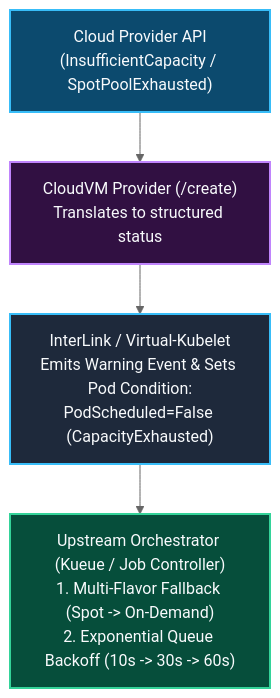
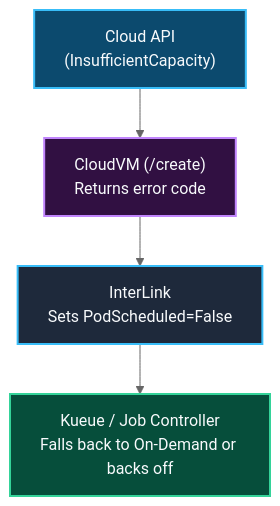
One commit to simonepri/interlink-cloudvm-plugin changed the fourth of 8 diagrams in readme.md. Above: the diagram before and after it, drawn with Mermaid (neutral theme). The commit also changed other lines of this file, not shown here.

````diff
--- a/readme.md
+++ b/readme.md
@@ -160,18 +149,16 @@
 ```mermaid
 flowchart TD
     classDef cloud fill:#0C4A6E,stroke:#38BDF8,stroke-width:2px,color:#F8FAFC
     classDef driver fill:#311042,stroke:#C084FC,stroke-width:2px,color:#F8FAFC
     classDef k8s fill:#1E293B,stroke:#38BDF8,stroke-width:2px,color:#F8FAFC
     classDef queue fill:#064E3B,stroke:#34D399,stroke-width:2px,color:#F8FAFC
 
-    Cloud["Cloud Provider API
-(InsufficientCapacity / SpotPoolExhausted)"]:::cloud
-    --> Driver["CloudVM Provider (/create)
-Translates to structured status"]:::driver
-    --> VK["InterLink / Virtual-Kubelet
-Emits Warning Event & Sets Pod Condition:
-PodScheduled=False (CapacityExhausted)"]:::k8s
-    --> Kueue["Upstream Orchestrator (Kueue / Job Controller)
-1. Multi-Flavor Fallback (Spot -> On-Demand)
-2. Exponential Queue Backoff (10s -> 30s -> 60s)"]:::queue
+    Cloud["Cloud API
+(InsufficientCapacity)"]:::cloud
+    --> Driver["CloudVM (/create)
+Returns error code"]:::driver
+    --> VK["InterLink
+Sets PodScheduled=False"]:::k8s
+    --> Kueue["Kueue / Job Controller
+Falls back to On-Demand or backs off"]:::queue
 ```
````
